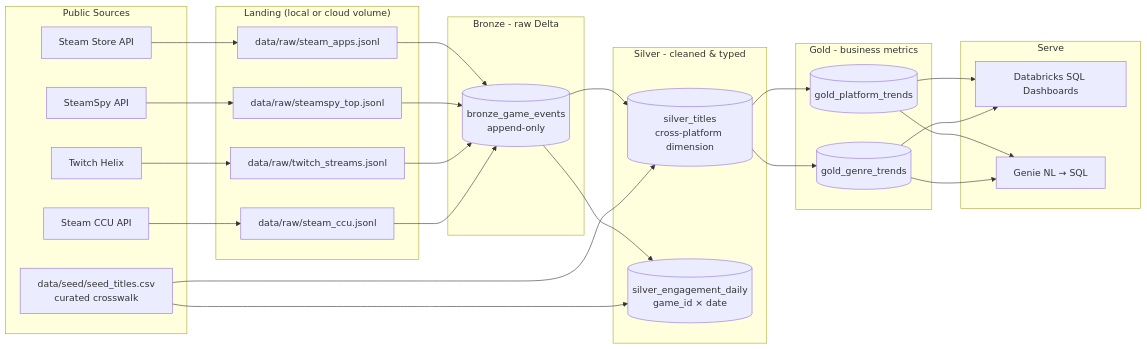
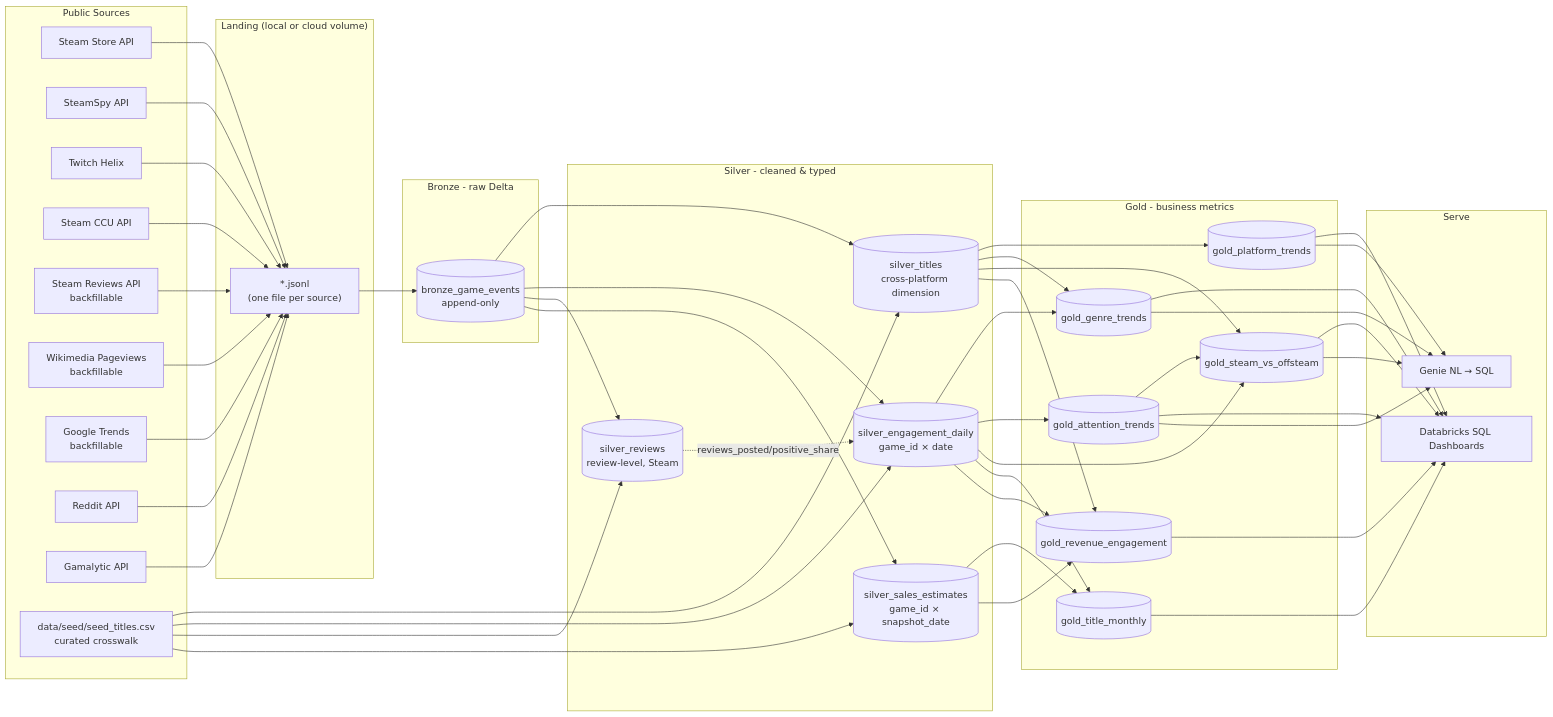
The diagram in docs/architecture.md (jt0321/databricks-game-trends), drawn with Mermaid before and after one commit. The commit also changed other lines of this file and 18 other files, not shown here.

````diff
--- a/docs/architecture.md
+++ b/docs/architecture.md
@@ -11,14 +11,16 @@
         A2[SteamSpy API]
         A3[Twitch Helix]
         A4[Steam CCU API]
+        A6[Steam Reviews API<br/>backfillable]
+        A7[Wikimedia Pageviews<br/>backfillable]
+        A8[Google Trends<br/>backfillable]
+        A9[Reddit API]
+        A10[Gamalytic API]
         A5[data/seed/seed_titles.csv<br/>curated crosswalk]
     end
 
     subgraph Landing["Landing (local or cloud volume)"]
-        L1[data/raw/steam_apps.jsonl]
-        L2[data/raw/steamspy_top.jsonl]
-        L3[data/raw/twitch_streams.jsonl]
-        L4[data/raw/steam_ccu.jsonl]
+        L0["*.jsonl<br/>(one file per source)"]
     end
 
     subgraph Bronze["Bronze - raw Delta"]
@@ -28,11 +30,17 @@
     subgraph Silver["Silver - cleaned & typed"]
         S1[(silver_titles<br/>cross-platform dimension)]
         S2[(silver_engagement_daily<br/>game_id × date)]
+        S3[(silver_reviews<br/>review-level, Steam)]
+        S4[(silver_sales_estimates<br/>game_id × snapshot_date)]
     end
 
     subgraph Gold["Gold - business metrics"]
         G1[(gold_platform_trends)]
         G2[(gold_genre_trends)]
+        G3[(gold_attention_trends)]
+        G4[(gold_steam_vs_offsteam)]
+        G5[(gold_title_monthly)]
+        G6[(gold_revenue_engagement)]
     end
 
     subgraph Serve["Serve"]
@@ -40,22 +48,45 @@
         D2[Genie NL → SQL]
     end
 
-    A1 --> L1
-    A2 --> L2
-    A3 --> L3
-    A4 --> L4
-    L1 --> B1
-    L2 --> B1
-    L3 --> B1
-    L4 --> B1
+    A1 --> L0
+    A2 --> L0
+    A3 --> L0
+    A4 --> L0
+    A6 --> L0
+    A7 --> L0
+    A8 --> L0
+    A9 --> L0
+    A10 --> L0
+    L0 --> B1
     B1 --> S1
     B1 --> S2
+    B1 --> S3
+    B1 --> S4
     A5 --> S1
     A5 --> S2
+    A5 --> S3
+    A5 --> S4
+    S3 -. reviews_posted/positive_share .-> S2
     S1 --> G1
     S1 --> G2
+    S2 --> G2
+    S2 --> G3
+    S1 --> G4
+    S2 --> G4
+    G3 --> G4
+    S2 --> G5
+    S4 --> G5
+    S1 --> G6
+    S2 --> G6
+    S4 --> G6
     G1 --> D1
     G2 --> D1
+    G3 --> D1
+    G4 --> D1
+    G5 --> D1
+    G6 --> D1
     G1 --> D2
     G2 --> D2
+    G3 --> D2
+    G4 --> D2
 ```
````
